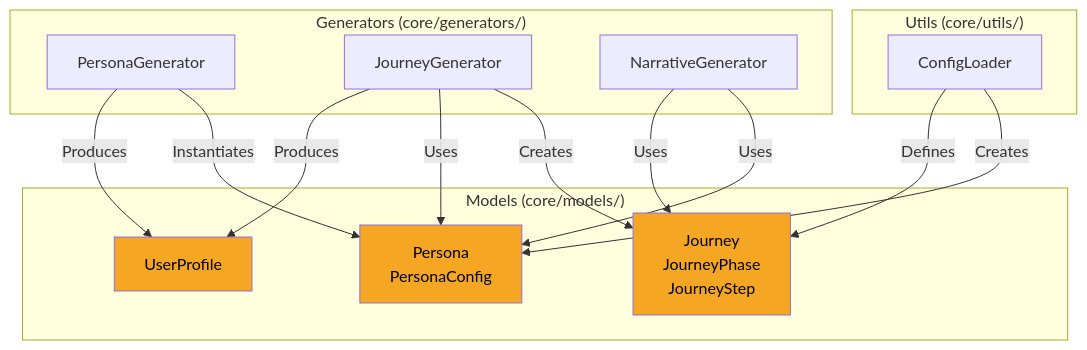
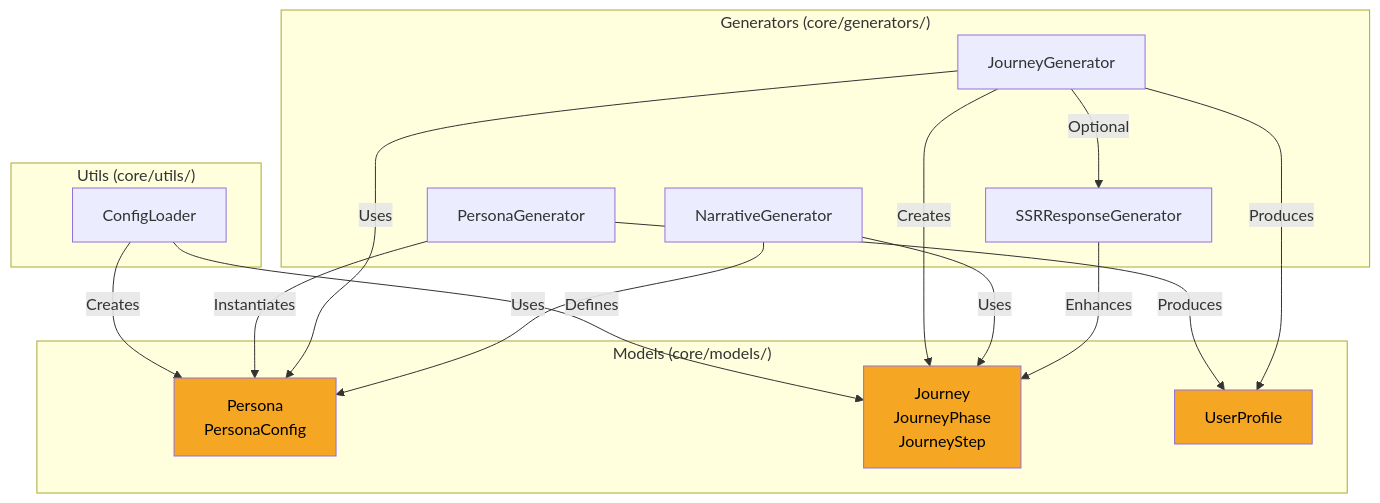
One commit to Szermer/synth changed the third of 6 diagrams in docs/architecture/C4_ARCHITECTURE.md. Above: the diagram before and after it, drawn with Mermaid. The commit also changed other lines of this file and 11 other files, not shown here.

````diff
--- a/docs/architecture/C4_ARCHITECTURE.md
+++ b/docs/architecture/C4_ARCHITECTURE.md
@@ -106,32 +106,35 @@
 ```mermaid
 graph TB
     subgraph "Models (core/models/)"
         Persona[Persona<br/>PersonaConfig]
         Journey[Journey<br/>JourneyPhase<br/>JourneyStep]
         UserProfile[UserProfile]
     end
 
     subgraph "Generators (core/generators/)"
         PersonaGen[PersonaGenerator]
         JourneyGen[JourneyGenerator]
         NarrativeGen[NarrativeGenerator]
+        SSRGen[SSRResponseGenerator]
     end
 
     subgraph "Utils (core/utils/)"
         ConfigLoader[ConfigLoader]
     end
 
     ConfigLoader -->|"Creates"| Persona
     ConfigLoader -->|"Defines"| Journey
     PersonaGen -->|"Instantiates"| Persona
     JourneyGen -->|"Creates"| Journey
     JourneyGen -->|"Uses"| Persona
+    JourneyGen -->|"Optional"| SSRGen
     NarrativeGen -->|"Uses"| Persona
     NarrativeGen -->|"Uses"| Journey
+    SSRGen -->|"Enhances"| Journey
     PersonaGen -->|"Produces"| UserProfile
     JourneyGen -->|"Produces"| UserProfile
 
     style Persona fill:#F5A623,color:#000
     style Journey fill:#F5A623,color:#000
     style UserProfile fill:#F5A623,color:#000
 ```
````
